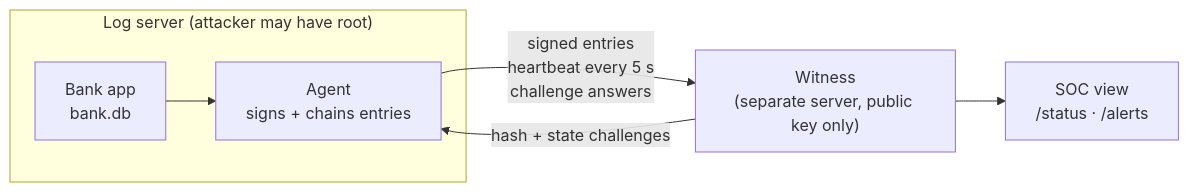
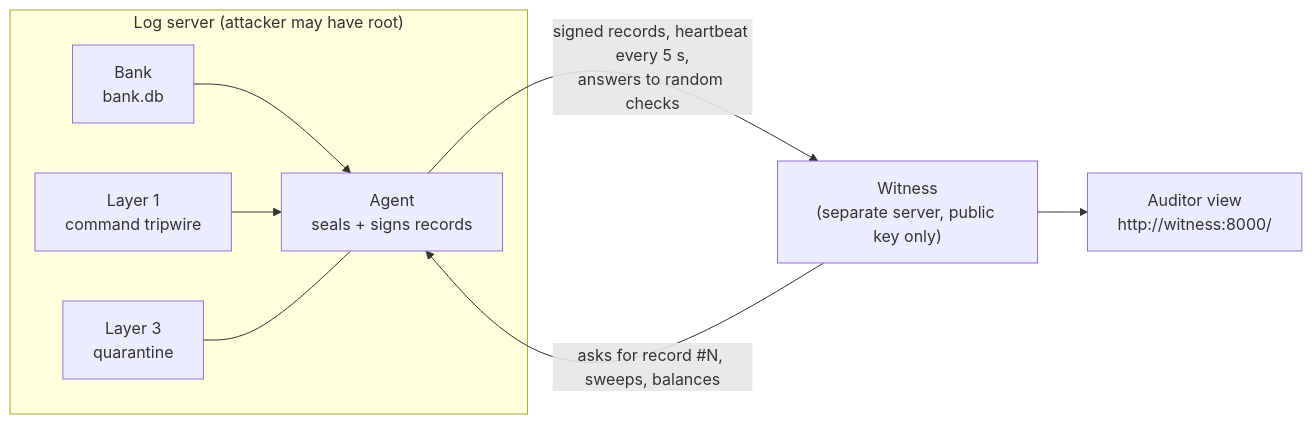
The diagram in README.md (JeevikaS-19/cybersec), drawn with Mermaid before and after one commit. The commit also changed other lines of this file and 14 other files, not shown here.

````diff
--- a/README.md
+++ b/README.md
@@ -13,9 +9,11 @@
 ```mermaid
 flowchart LR
     subgraph LS["Log server (attacker may have root)"]
-        BANK["Bank app<br/>bank.db"] --> AGENT["Agent<br/>signs + chains entries"]
+        BANK["Bank<br/>bank.db"] --> AGENT["Agent<br/>seals + signs records"]
+        L1["Layer 1<br/>command tripwire"] --> AGENT
+        L3["Layer 3<br/>quarantine"] --- AGENT
     end
-    AGENT -- "signed entries<br/>heartbeat every 5 s<br/>challenge answers" --> WIT["Witness<br/>(separate server, public key only)"]
-    WIT -- "hash + state challenges" --> AGENT
-    WIT --> SOC["SOC view<br/>/status · /alerts"]
+    AGENT -- "signed records, heartbeat every 5 s,<br/>answers to random checks" --> WIT["Witness<br/>(separate server, public key only)"]
+    WIT -- "asks for record #N, sweeps, balances" --> AGENT
+    WIT --> UI["Auditor view<br/>http://witness:8000/"]
 ```
````
